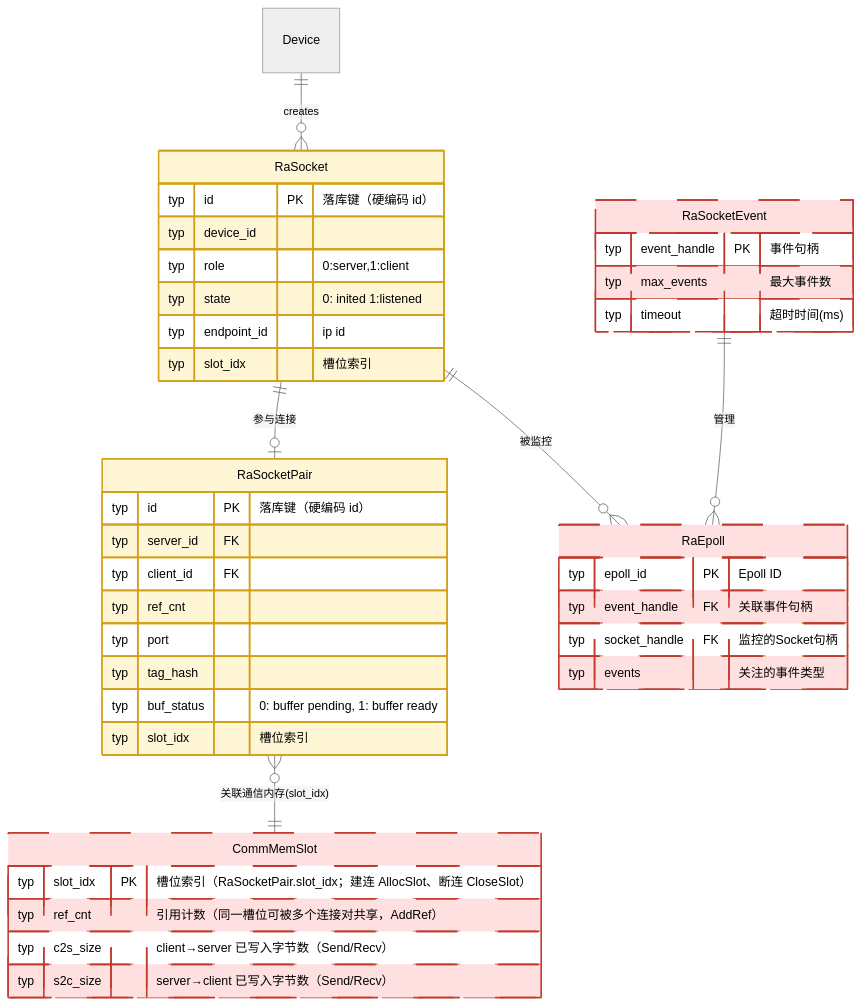
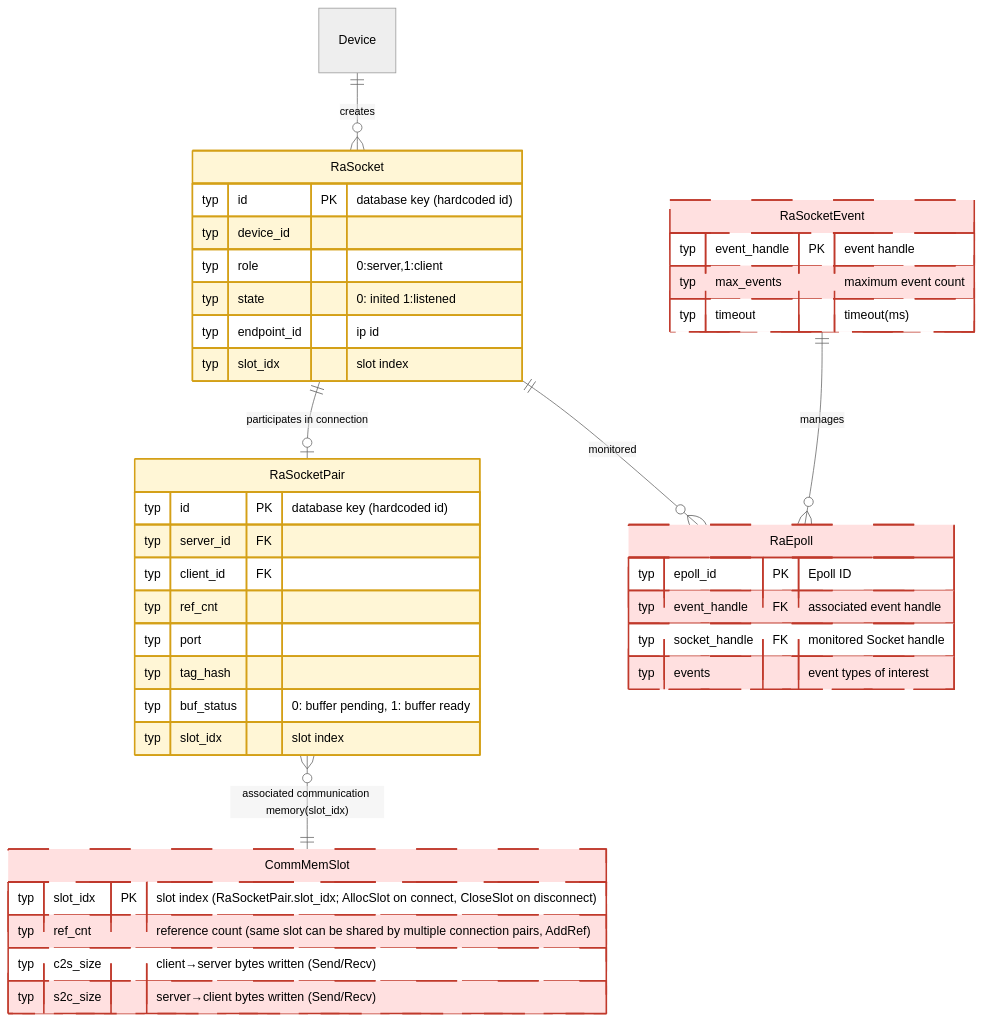
One commit to Atlas-Ascend-Fork/hcomm changed diagram 13 of 19 in test/hccl_vm/docs/simulator_runner_data_model_en.md. Above: the diagram before and after it, drawn with Mermaid (neutral theme). The commit also changed other lines of this file and 73 other files, not shown here.

````diff
--- a/test/hccl_vm/docs/simulator_runner_data_model_en.md
+++ b/test/hccl_vm/docs/simulator_runner_data_model_en.md
@@ -1119,58 +1119,58 @@
 ```mermaid
 erDiagram
     %% ==========================================
-    %% Socket通信 (RaSocket 系列接口)
-    %% 🧠 可进程私有：RaSocketPair（仅 src/proxy 访问；同节 RaSocket 为 🧊）
-    %% 🧊 RaSocket 表：全仓零引用（仅注册、无读写）——不需要落库
+    %% Socket Communication (RaSocket Series Interfaces)
+    %% 🧠 Process-private candidates: RaSocketPair (only src/proxy accesses; RaSocket in same section is 🧊)
+    %% 🧊 RaSocket table: zero references in repo (only registered, no read/write) — does not need database persistence
     %% ==========================================
     Device ||--o{ RaSocket : creates
-    %% 🧊 零引用表：仅有结构体与注册项，无任何库读写
+    %% 🧊 Zero-reference table: only has struct and registration, no database read/write
     RaSocket {
-        typ id PK "落库键（硬编码 id）"
+        typ id PK "database key (hardcoded id)"
         typ device_id
         typ role "0:server,1:client"
         typ state "0: inited 1:listened"
         typ endpoint_id "ip id"
-        typ slot_idx "槽位索引"
+        typ slot_idx "slot index"
     }
     RaSocketPair {
-        typ id PK "落库键（硬编码 id）"
+        typ id PK "database key (hardcoded id)"
         typ server_id FK
         typ client_id FK
         typ ref_cnt
         typ port
         typ tag_hash
         typ buf_status "0: buffer pending, 1: buffer ready"
-        typ slot_idx "槽位索引"
+        typ slot_idx "slot index"
     }
-    RaSocket ||--o| RaSocketPair : "参与连接"
-    RaSocketPair }o--|| CommMemSlot : "关联通信内存(slot_idx)"
+    RaSocket ||--o| RaSocketPair : "participates in connection"
+    RaSocketPair }o--|| CommMemSlot : "associated communication memory(slot_idx)"
 
-    %% store 层通信内存池：mmap 共享内存按槽位划分（store_sim_comm_memory_manager.h），非 RunnerDB 注册表
+    %% store layer communication memory pool: mmap shared memory divided by slots (store_sim_comm_memory_manager.h), not a RunnerDB registered table
     CommMemSlot {
-        typ slot_idx PK "槽位索引（RaSocketPair.slot_idx；建连 AllocSlot、断连 CloseSlot）"
-        typ ref_cnt "引用计数（同一槽位可被多个连接对共享，AddRef）"
-        typ c2s_size "client→server 已写入字节数（Send/Recv）"
-        typ s2c_size "server→client 已写入字节数（Send/Recv）"
+        typ slot_idx PK "slot index (RaSocketPair.slot_idx; AllocSlot on connect, CloseSlot on disconnect)"
+        typ ref_cnt "reference count (same slot can be shared by multiple connection pairs, AddRef)"
+        typ c2s_size "client→server bytes written (Send/Recv)"
+        typ s2c_size "server→client bytes written (Send/Recv)"
     }
 
-    %% Socket事件管理 (Epoll机制)
+    %% Socket Event Management (Epoll mechanism)
     RaSocketEvent {
-        typ event_handle PK "事件句柄"
-        typ max_events "最大事件数"
-        typ timeout "超时时间(ms)"
+        typ event_handle PK "event handle"
+        typ max_events "maximum event count"
+        typ timeout "timeout(ms)"
     }
     RaEpoll {
         typ epoll_id PK "Epoll ID"
-        typ event_handle FK "关联事件句柄"
-        typ socket_handle FK "监控的Socket句柄"
-        typ events "关注的事件类型"
+        typ event_handle FK "associated event handle"
+        typ socket_handle FK "monitored Socket handle"
+        typ events "event types of interest"
     }
-    RaSocketEvent ||--o{ RaEpoll : "管理"
-    RaSocket ||--o{ RaEpoll : "被监控"
+    RaSocketEvent ||--o{ RaEpoll : "manages"
+    RaSocket ||--o{ RaEpoll : "monitored"
 
     classDef unimplemented fill:#ffe0e0,stroke:#c0392b,stroke-width:2px,stroke-dasharray:5 3
     classDef inproc fill:#fff6d6,stroke:#d4a017,stroke-width:2px
     class CommMemSlot,RaSocketEvent,RaEpoll unimplemented
     class RaSocket,RaSocketPair inproc
 ```
````
